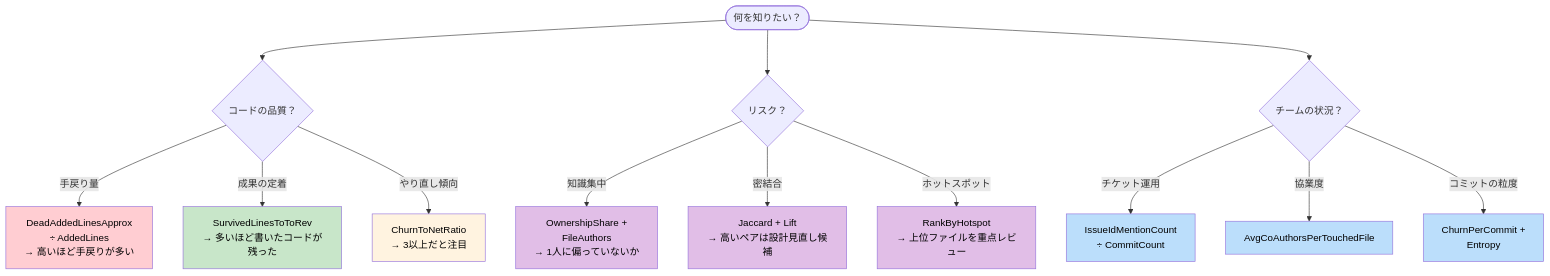
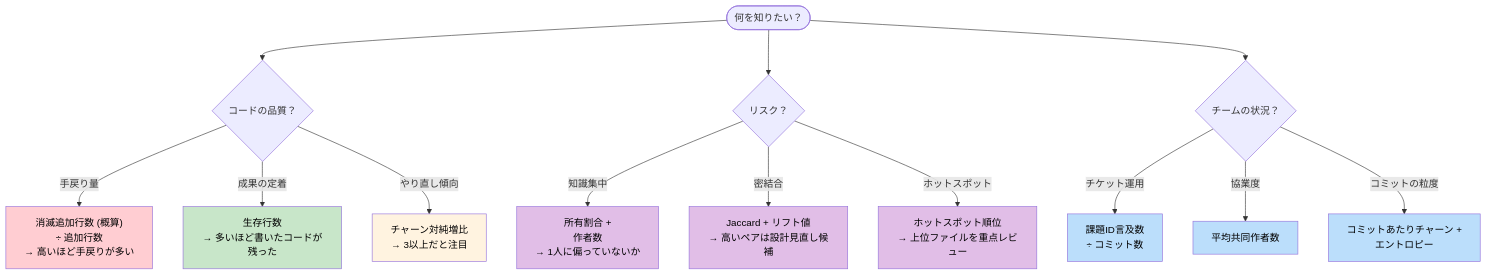
Before and after one commit to horiyamayoh/NarutoCode: diagram 15 of 15 in docs/metrics_guide.md, drawn with Mermaid. The commit also changed other lines of this file and 4 other files, not shown here.

````diff
--- a/docs/metrics_guide.md
+++ b/docs/metrics_guide.md
@@ -736,28 +736,28 @@
 ```mermaid
 flowchart TD
     START(["何を知りたい？"]) --> Q1{"コードの品質？"}
     START --> Q2{"リスク？"}
     START --> Q3{"チームの状況？"}
 
-    Q1 -->|手戻り量| M1["DeadAddedLinesApprox\n÷ AddedLines\n→ 高いほど手戻りが多い"]
-    Q1 -->|成果の定着| M2["SurvivedLinesToToRev\n→ 多いほど書いたコードが残った"]
-    Q1 -->|やり直し傾向| M3["ChurnToNetRatio\n→ 3以上だと注目"]
+    Q1 -->|手戻り量| M1["消滅追加行数 (概算)\n÷ 追加行数\n→ 高いほど手戻りが多い"]
+    Q1 -->|成果の定着| M2["生存行数\n→ 多いほど書いたコードが残った"]
+    Q1 -->|やり直し傾向| M3["チャーン対純増比\n→ 3以上だと注目"]
 
-    Q2 -->|知識集中| M4["OwnershipShare +\nFileAuthors\n→ 1人に偏っていないか"]
-    Q2 -->|密結合| M5["Jaccard + Lift\n→ 高いペアは設計見直し候補"]
-    Q2 -->|ホットスポット| M6["RankByHotspot\n→ 上位ファイルを重点レビュー"]
+    Q2 -->|知識集中| M4["所有割合 +\n作者数\n→ 1人に偏っていないか"]
+    Q2 -->|密結合| M5["Jaccard + リフト値\n→ 高いペアは設計見直し候補"]
+    Q2 -->|ホットスポット| M6["ホットスポット順位\n→ 上位ファイルを重点レビュー"]
 
-    Q3 -->|チケット運用| M7["IssueIdMentionCount\n÷ CommitCount"]
-    Q3 -->|協業度| M8["AvgCoAuthorsPerTouchedFile"]
-    Q3 -->|コミットの粒度| M9["ChurnPerCommit +\nEntropy"]
+    Q3 -->|チケット運用| M7["課題ID言及数\n÷ コミット数"]
+    Q3 -->|協業度| M8["平均共同作者数"]
+    Q3 -->|コミットの粒度| M9["コミットあたりチャーン +\nエントロピー"]
 
     style M1 fill:#ffcdd2,color:#000
     style M2 fill:#c8e6c9,color:#000
     style M3 fill:#fff3e0,color:#000
     style M4 fill:#e1bee7,color:#000
     style M5 fill:#e1bee7,color:#000
     style M6 fill:#e1bee7,color:#000
     style M7 fill:#bbdefb,color:#000
     style M8 fill:#bbdefb,color:#000
     style M9 fill:#bbdefb,color:#000
 ```
````
